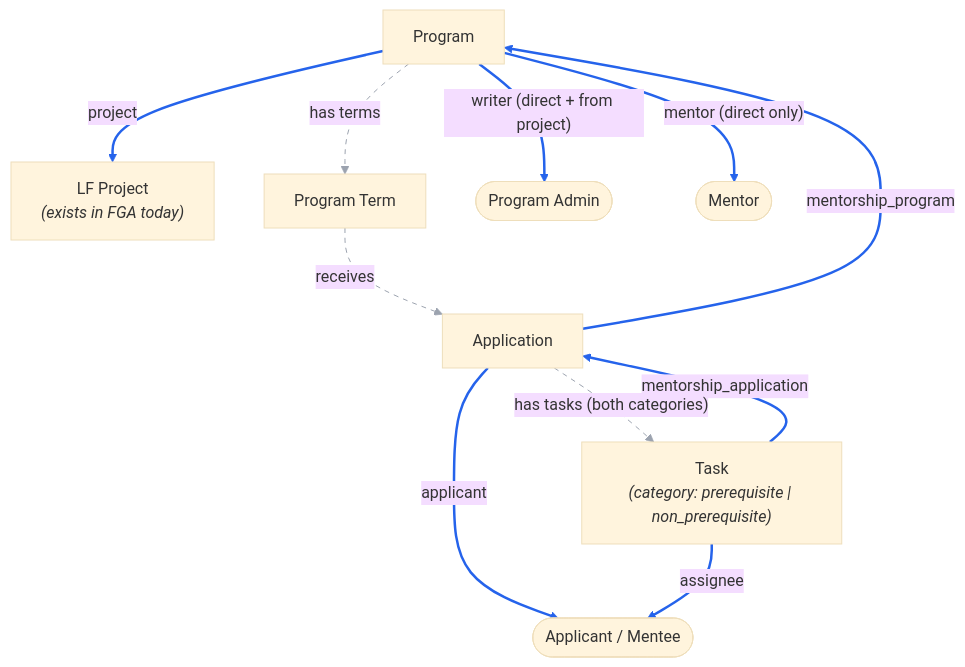
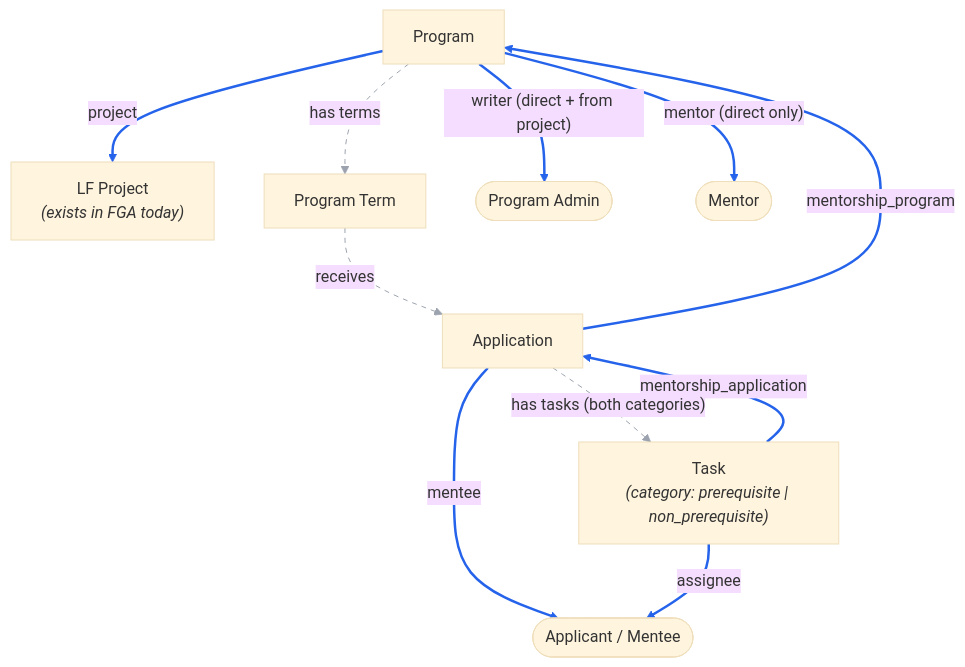
One commit to linuxfoundation/lfx-mentorship changed the diagram in docs/rewrite/04-authorization-model.md. Above: the diagram before and after it, drawn with Mermaid (base theme). The commit also changed other lines of this file and 3 other files, not shown here.

````diff
--- a/docs/rewrite/04-authorization-model.md
+++ b/docs/rewrite/04-authorization-model.md
@@ -44,26 +46,26 @@
 ```mermaid
 flowchart TB
     PROJECT["LF Project<br/><i>(exists in FGA today)</i>"]
     PROGRAM["Program"]
     TERM["Program Term"]
     APP["Application"]
     TASK["Task<br/><i>(category: prerequisite | non_prerequisite)</i>"]
     ADMIN(["Program Admin"])
     MENTOR(["Mentor"])
     MENTEE(["Applicant / Mentee"])
 
     PROGRAM ==>|"project"| PROJECT
     PROGRAM ==>|"writer (direct + from project)"| ADMIN
     PROGRAM ==>|"mentor (direct only)"| MENTOR
     APP ==>|"mentorship_program"| PROGRAM
-    APP ==>|"applicant"| MENTEE
+    APP ==>|"mentee"| MENTEE
     TASK ==>|"mentorship_application"| APP
     TASK ==>|"assignee"| MENTEE
 
     PROGRAM -.->|"has terms"| TERM
     TERM -.->|"receives"| APP
     APP -.->|"has tasks (both categories)"| TASK
 
     linkStyle 0,1,2,3,4,5,6 stroke:#2563eb,stroke-width:2.5px
     linkStyle 7,8,9 stroke:#9ca3af,stroke-dasharray:5 5
 ```
````
